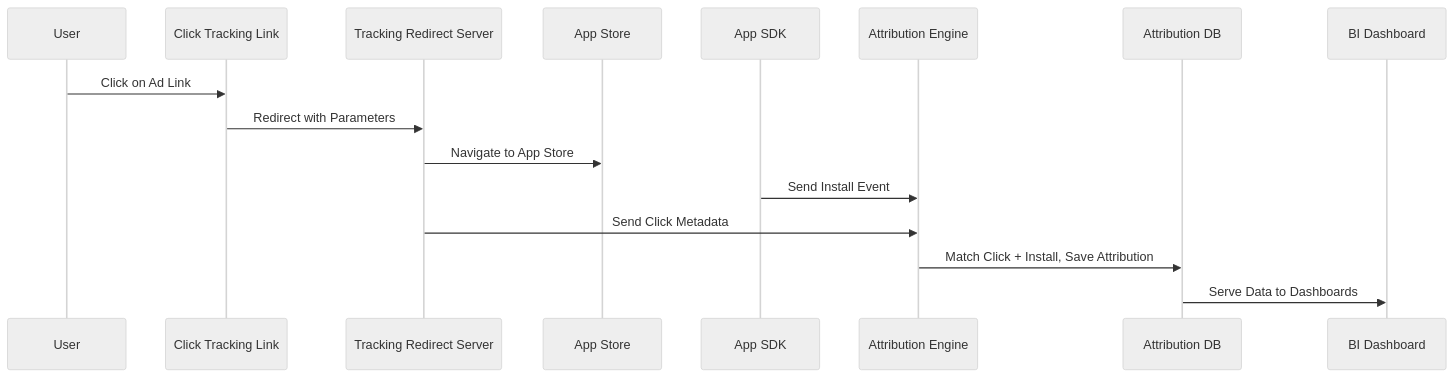
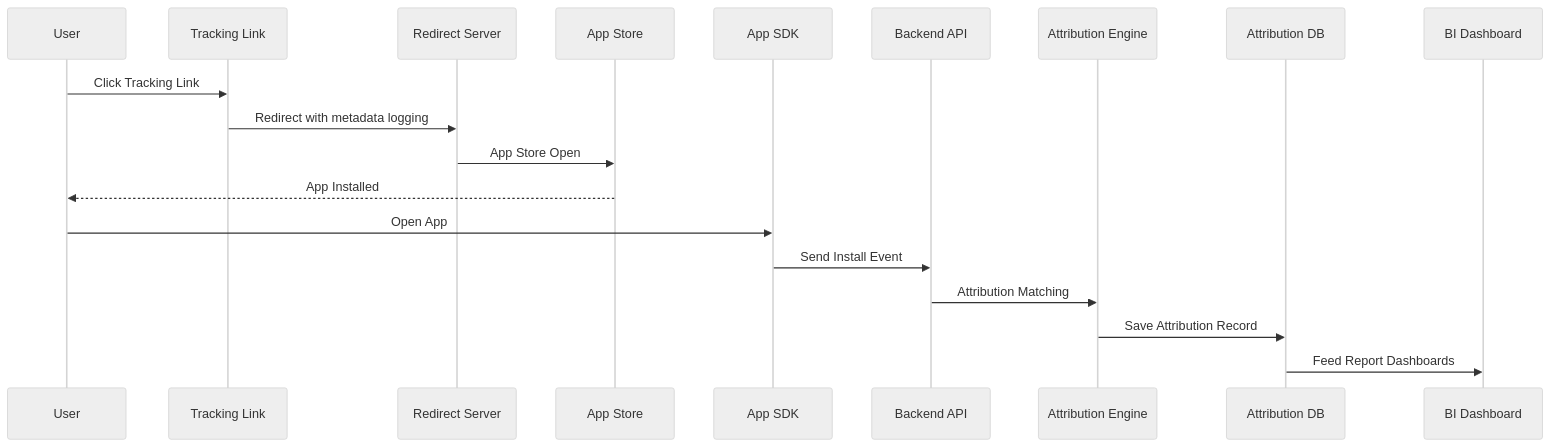
The second of 3 diagrams in report_a04_part01_custom_tracking.md (Ha0203/test_data_de_devop_v2), drawn with Mermaid (neutral theme) before and after one commit. The commit also changed other lines of this file, not shown here.

Commit message:
update report task A04 part01

````diff
--- a/report_a04_part01_custom_tracking.md
+++ b/report_a04_part01_custom_tracking.md
@@ -302,19 +559,22 @@
 ```mermaid
 sequenceDiagram
   participant U as User
-  participant CL as Click Tracking Link
-  participant R as Tracking Redirect Server
+  participant T as Tracking Link
+  participant R as Redirect Server
   participant S as App Store
-  participant D as App SDK
+  participant A as App SDK
+  participant B as Backend API
   participant AE as Attribution Engine
   participant DB as Attribution DB
   participant BI as BI Dashboard
 
-  U->>CL: Click on Ad Link
-  CL->>R: Redirect with Parameters
-  R->>S: Navigate to App Store
-  D->>AE: Send Install Event
-  R->>AE: Send Click Metadata
-  AE->>DB: Match Click + Install, Save Attribution
-  DB->>BI: Serve Data to Dashboards
+  U->>T: Click Tracking Link
+  T->>R: Redirect with metadata logging
+  R->>S: App Store Open
+  S-->>U: App Installed
+  U->>A: Open App
+  A->>B: Send Install Event
+  B->>AE: Attribution Matching
+  AE->>DB: Save Attribution Record
+  DB->>BI: Feed Report Dashboards
 ```
````
